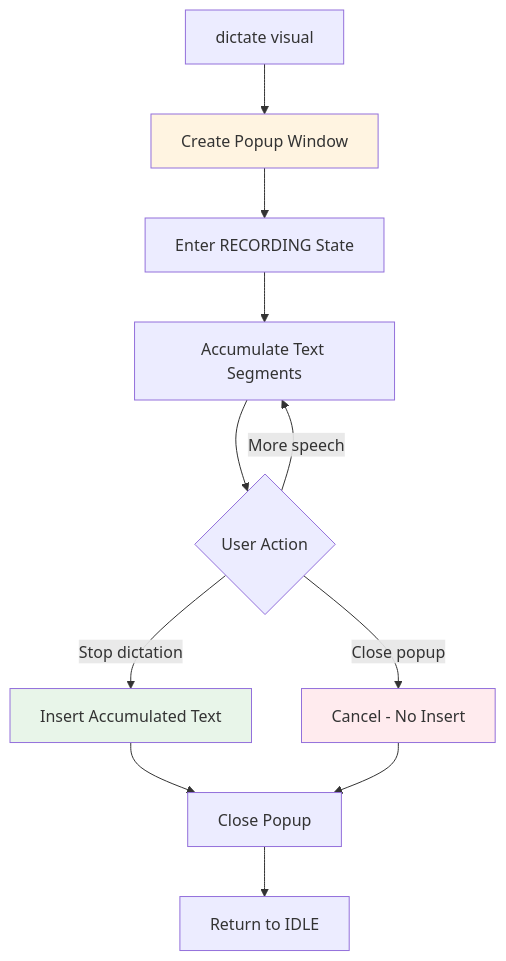
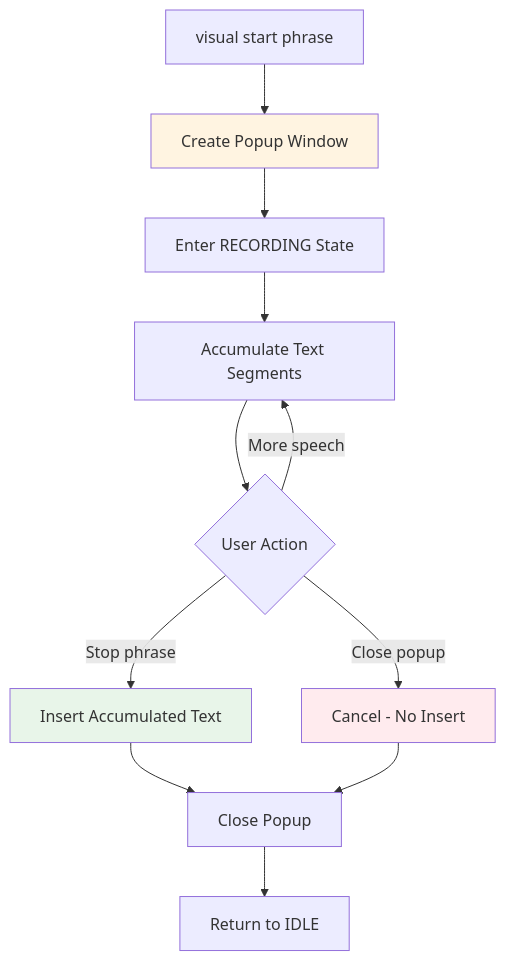
One commit to rick12000/vocalance changed the fourth of 7 diagrams in docs/developer/dictation_system.rst. Above: the diagram before and after it, drawn with Mermaid. The commit also changed other lines of this file and 16 other files, not shown here.

```diff
--- a/docs/developer/dictation_system.rst
+++ b/docs/developer/dictation_system.rst
@@ -223,19 +225,19 @@
 .. mermaid::
 
    flowchart TD
-       A["dictate visual"] --> B[Create Popup Window]
+       A["visual start phrase"] --> B[Create Popup Window]
        B --> C[Enter RECORDING State]
        C --> D[Accumulate Text Segments]
        D --> E{User Action}
 
-       E -->|Stop dictation| F[Insert Accumulated Text]
+       E -->|Stop phrase| F[Insert Accumulated Text]
        E -->|Close popup| G[Cancel - No Insert]
        E -->|More speech| D
 
        F --> H[Close Popup]
        G --> H
        H --> I[Return to IDLE]
 
        style B fill:#fff4e1
        style F fill:#e8f5e9
        style G fill:#ffebee
```
